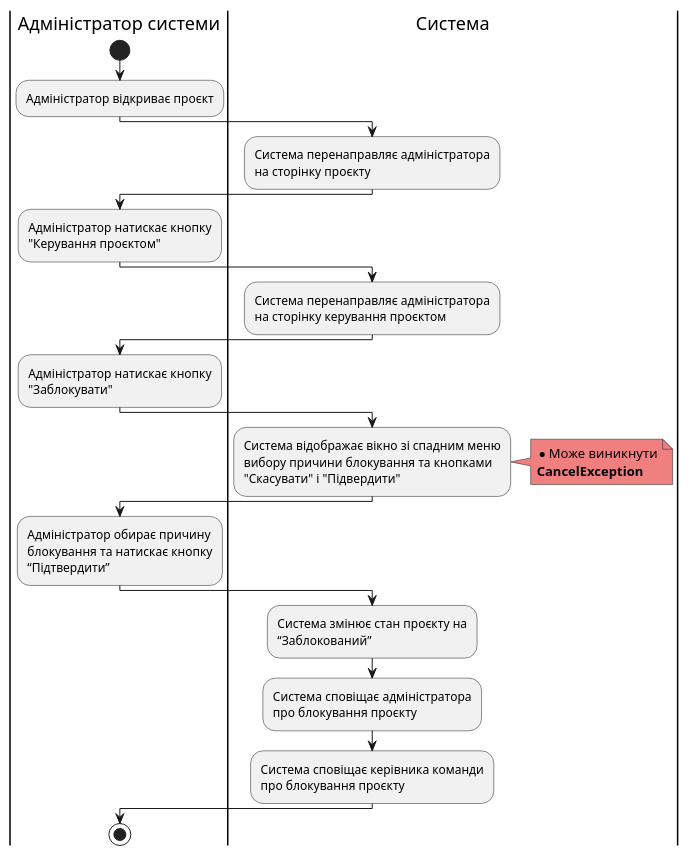
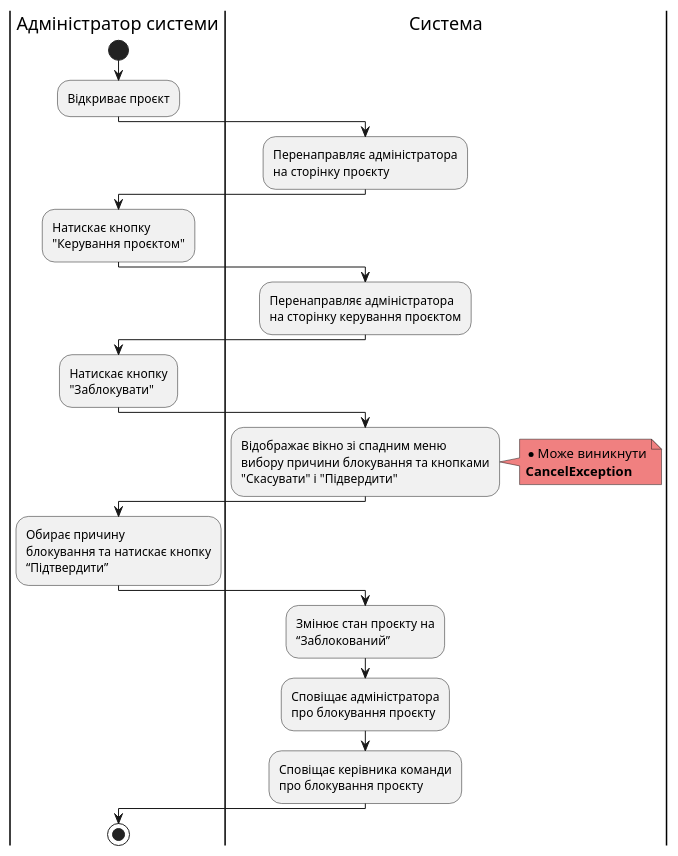
One commit to samoilenkomariia/db-coursework changed the fifth of 9 diagrams in docs/use cases/README.md. Above: the diagram before and after it, drawn with PlantUML. The commit also changed other lines of this file, not shown here.

Commit message:
edited activity diagrams README.md

```diff
--- a/docs/use cases/README.md
+++ b/docs/use cases/README.md
@@ -190,29 +190,29 @@
 @startuml
       
       |Адміністратор системи|
       start
-      :Адміністратор відкриває проєкт;
+      :Відкриває проєкт;
       |Система|
-      :Система перенаправляє адміністратора\nна сторінку проєкту;
+      :Перенаправляє адміністратора\nна сторінку проєкту;
       |Адміністратор системи|
-      :Адміністратор натискає кнопку\n"Керування проєктом";
+      :Натискає кнопку\n"Керування проєктом";
       |Система|
-      :Система перенаправляє адміністратора\nна сторінку керування проєктом;
+      :Перенаправляє адміністратора\nна сторінку керування проєктом;
       |Адміністратор системи|
-      :Адміністратор натискає кнопку\n"Заблокувати";
+      :Натискає кнопку\n"Заблокувати";
       |Система|
-      :Система відображає вікно зі спадним меню\nвибору причини блокування та кнопками\n"Скасувати" і "Підвердити";
+      :Відображає вікно зі спадним меню\nвибору причини блокування та кнопками\n"Скасувати" і "Підвердити";
       note right #lightcoral
          * Може виникнути
          <b>CancelException</b>
       end note
       |Адміністратор системи|
-      :Адміністратор обирає причину\nблокування та натискає кнопку\n“Підтвердити”;
+      :Обирає причину\nблокування та натискає кнопку\n“Підтвердити”;
       |Система|
-      :Система змінює стан проєкту на\n“Заблокований”;
-      :Система сповіщає адміністратора\nпро блокування проєкту;
-      :Система сповіщає керівника команди\nпро блокування проєкту;
+      :Змінює стан проєкту на\n“Заблокований”;
+      :Сповіщає адміністратора\nпро блокування проєкту;
+      :Сповіщає керівника команди\nпро блокування проєкту;
       |Адміністратор системи|
       stop
     
 @enduml
```
